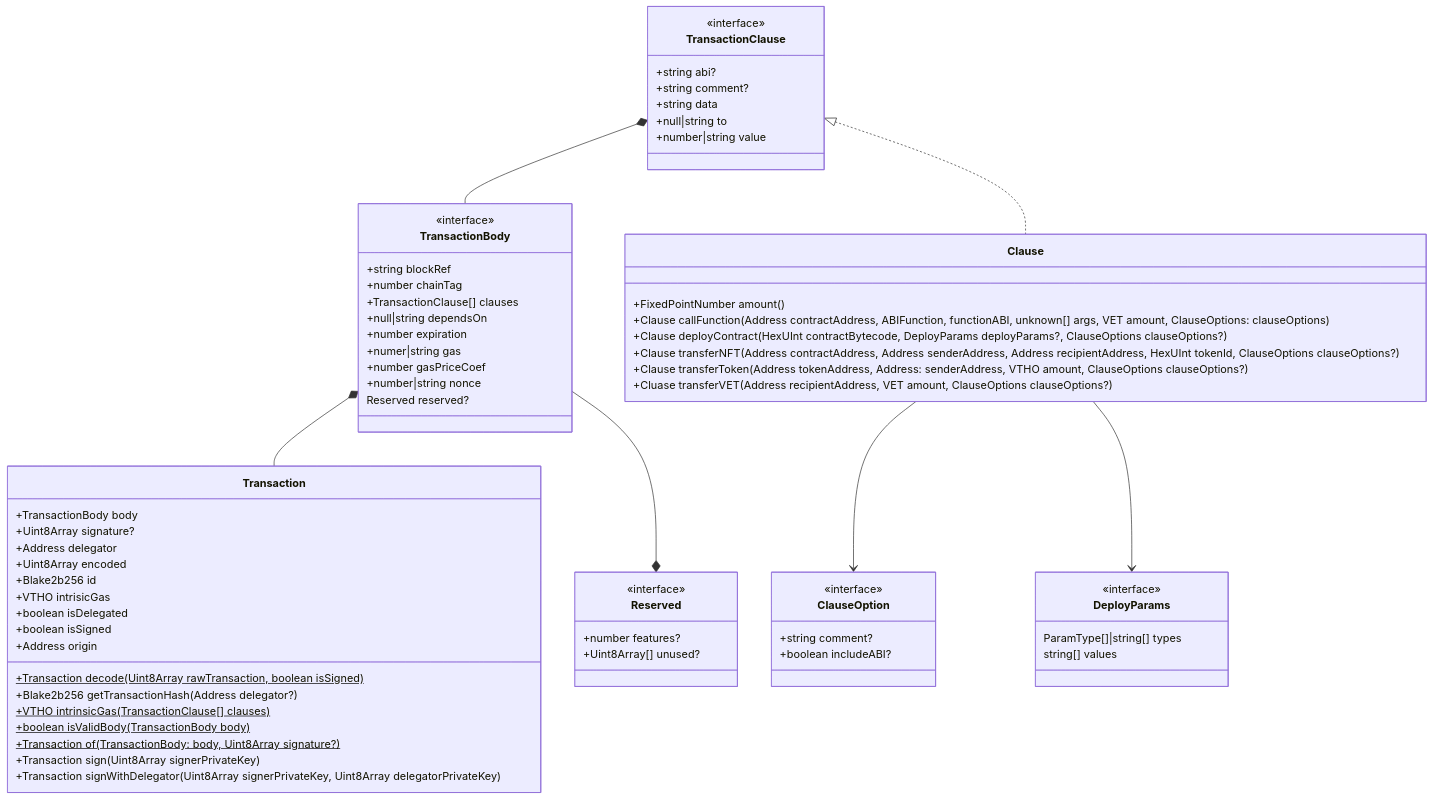
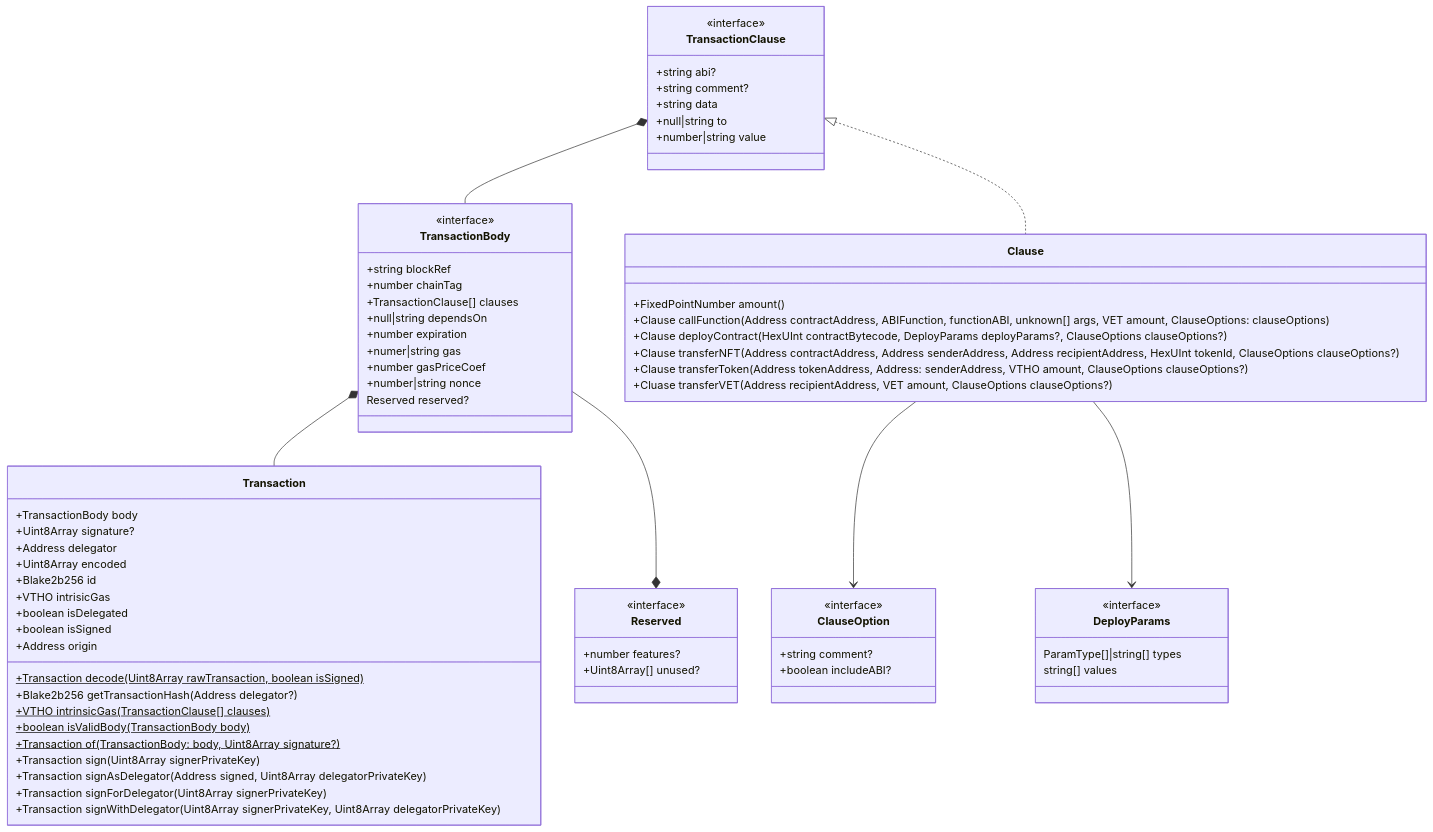
Before and after one commit to vechain/vechain-sdk-js: the diagram in docs/diagrams/architecture/transaction.md, drawn with Mermaid. The commit also changed 2 other files, not shown here.

Commit message:
feat: 1545 two steps sign

````diff
--- a/docs/diagrams/architecture/transaction.md
+++ b/docs/diagrams/architecture/transaction.md
@@ -1,70 +1,72 @@
 ```mermaid
 classDiagram
     class Clause {
         +FixedPointNumber amount()
         +Clause callFunction(Address contractAddress, ABIFunction, functionABI, unknown[] args, VET amount, ClauseOptions: clauseOptions)
         +Clause deployContract(HexUInt contractBytecode, DeployParams deployParams?, ClauseOptions clauseOptions?)
         +Clause transferNFT(Address contractAddress, Address senderAddress, Address recipientAddress, HexUInt tokenId, ClauseOptions clauseOptions?)
         +Clause transferToken(Address tokenAddress, Address: senderAddress, VTHO amount, ClauseOptions clauseOptions?)
         +Cluase transferVET(Address recipientAddress, VET amount, ClauseOptions clauseOptions?)
     }
     class ClauseOption{
         <<interface>>
         +string comment?
         +boolean includeABI?
     }
     class DeployParams {
         <<interface>>
         ParamType[]|string[] types
         string[] values
     }
     class Reserved {
         <<interface>>
         +number features?
         +Uint8Array[] unused?
     }
     class Transaction {
         +TransactionBody body
         +Uint8Array signature?
         +Address delegator
         +Uint8Array encoded
         +Blake2b256 id
         +VTHO intrisicGas
         +boolean isDelegated
         +boolean isSigned
         +Address origin
         +Transaction decode(Uint8Array rawTransaction, boolean isSigned)$
         +Blake2b256 getTransactionHash(Address delegator?)
         +VTHO intrinsicGas(TransactionClause[] clauses)$
         +boolean isValidBody(TransactionBody body)$
         +Transaction of(TransactionBody: body, Uint8Array signature?)$
         +Transaction sign(Uint8Array signerPrivateKey)
+        +Transaction signAsDelegator(Address signed, Uint8Array delegatorPrivateKey)
+        +Transaction signForDelegator(Uint8Array signerPrivateKey)
         +Transaction signWithDelegator(Uint8Array signerPrivateKey, Uint8Array delegatorPrivateKey)
     }
     class TransactionBody {
         <<interface>>
         +string blockRef
         +number chainTag
         +TransactionClause[] clauses
         +null|string dependsOn
         +number expiration
         +numer|string gas
         +number gasPriceCoef
         +number|string nonce
         Reserved reserved?
     }
     class TransactionClause {
         <<interface>>
         +string abi?
         +string comment?
         +string data
         +null|string to
         +number|string value
     }
     Clause --> ClauseOption
     Clause --> DeployParams
     TransactionBody *-- Transaction
     TransactionBody --* Reserved
     TransactionClause *-- TransactionBody
     TransactionClause <|.. Clause
 ```
````
